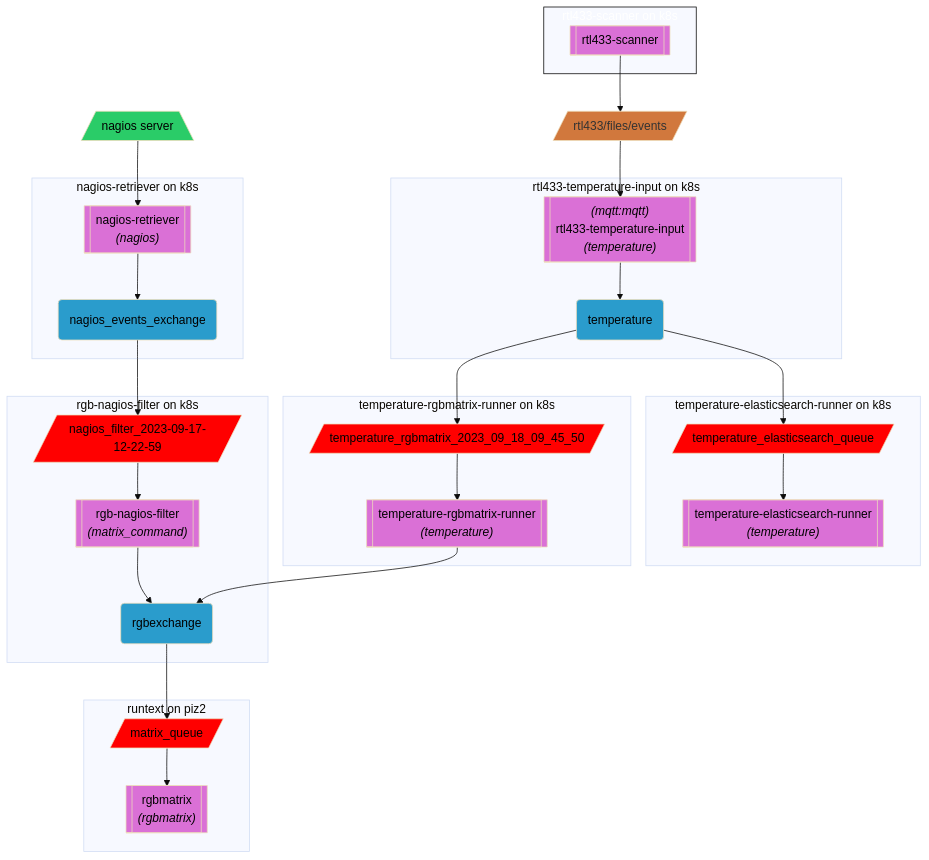
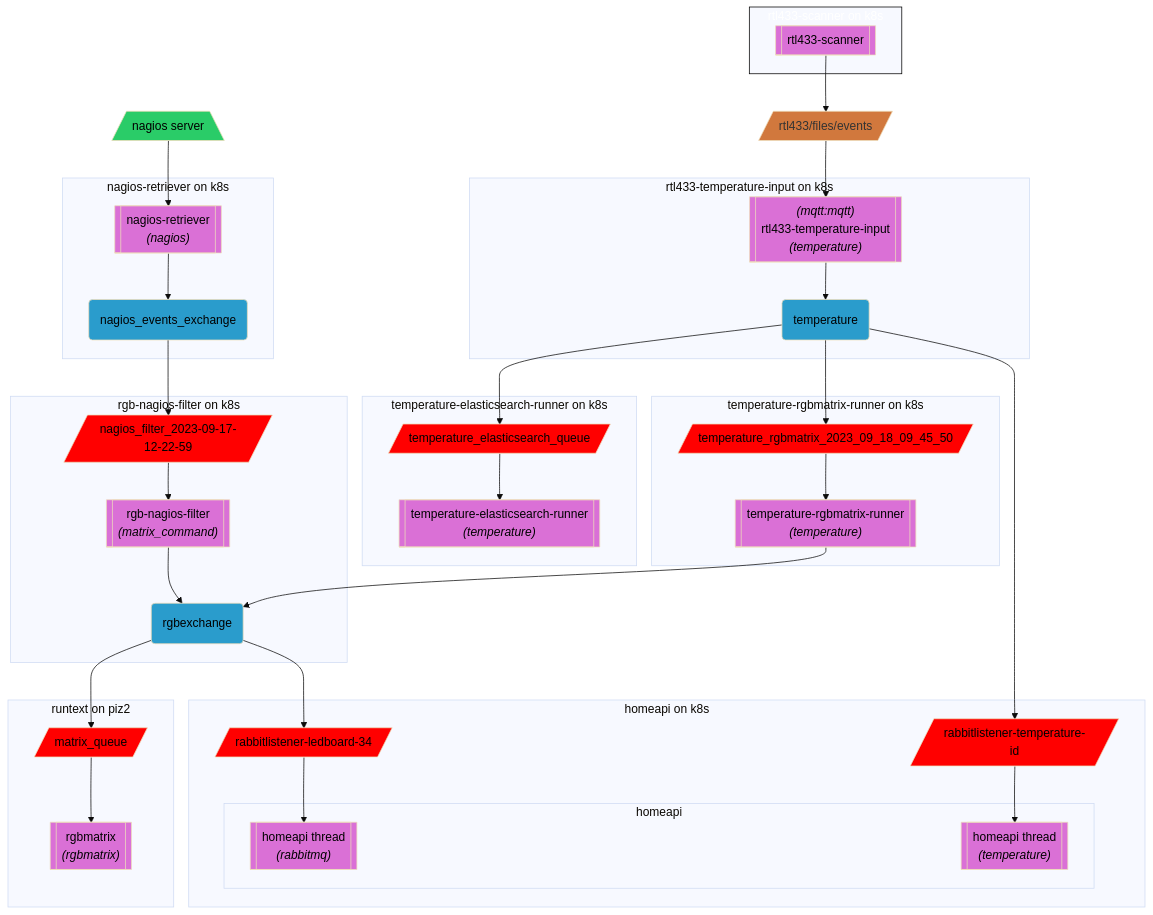
Before and after one commit to mmaschenk/homeapi: the second of 2 diagrams in README.md, drawn with Mermaid (base theme). The commit also changed 1 other file, not shown here.

Commit message:
Small updates

````diff
--- a/README.md
+++ b/README.md
@@ -50,61 +50,77 @@
 ```mermaid
 flowchart TB
 
     classDef script fill:#da70d6,color:#000;
     classDef server fill:#2acc68ff,color:#000;
     classDef exchange fill:#2a9ccc,color:#000;
     classDef queue fill:#ff0000,color:#000;
     classDef mqtt fill:#d1783dff;
     style box color:#fff,stroke:#000;
 
     nagios_server[/nagios server\]:::server --> nagios_retriever[["`nagios-retriever
     *(nagios)*`"]]
 
     subgraph retriever[nagios-retriever on k8s]
         nagios_retriever:::script --> nagios_events_exchange(nagios_events_exchange):::exchange
     end
 
     subgraph filter[rgb-nagios-filter on k8s]
         nagios_filter_queue[/nagios_filter_2023-09-17-12-22-59/]:::queue --> nagios_filter[["`rgb-nagios-filter
         *(matrix_command)*`"]]
         nagios_filter:::script --> rgbexchange(rgbexchange):::exchange
     end
 
+    temperature --> rabbitlistener_temperature
+    rgbexchange --> rabbitlistener_ledboard
+
+    subgraph homeapi_deployment[homeapi on k8s]
+        rabbitlistener_ledboard[/rabbitlistener-ledboard-34/]:::queue --> homeapi1
+
+        rabbitlistener_temperature[/rabbitlistener-temperature-id/]:::queue --> homeapi2
+
+        subgraph homeapi
+            homeapi1[["`homeapi thread
+                *(rabbitmq)*`"]]:::script
+            homeapi2[["`homeapi thread
+                *(temperature)*`"]]:::script
+        end
+    end
+
     nagios_events_exchange --> nagios_filter_queue
 
     subgraph runtext[runtext on piz2]
         matrix_queue[/matrix_queue/]:::queue --> rgbmatrix[["`rgbmatrix
         *(rgbmatrix)*`"]]:::script
     end
 
     rgbexchange --> matrix_queue
 
     rtl433_mqtt[/rtl433/files/events/]:::mqtt --> temperature_input
     rtl433_scanner:::script --> rtl433_mqtt
 
     subgraph box[rtl433-scanner on k8s]
-        rtl433_scanner[[rtl433-scanner]]:::script
+        rtl433_scanner[["`rtl433-scanner`"]]:::script
     end
 
     subgraph rtl433_input[ rtl433-temperature-input on k8s]
         temperature_input[["`*(mqtt:mqtt)*
         rtl433-temperature-input
         *(temperature)*`"]]:::script --> temperature(temperature):::exchange
     end
 
     temperature --> temperature_matrix_queue:::queue
 
     subgraph temperature_matrix[ temperature-rgbmatrix-runner on k8s]
         temperature_matrix_queue[/temperature_rgbmatrix_2023_09_18_09_45_50/]:::queue --> temperature_rgbmatrix[["`temperature#8209;rgbmatrix#8209;runner
         *(temperature)*`"]]:::script
     end
 
     temperature_rgbmatrix --> rgbexchange
 
     temperature --> temperature_elastic_queue
     subgraph elasticsearch_runner[ temperature-elasticsearch-runner on k8s]
         temperature_elastic_queue[/temperature_elasticsearch_queue/]:::queue --> raw_elasticsearch[["`temperature#8209;elasticsearch#8209;runner
         *(temperature)*`"]]:::script
     end
 
 ```
````
